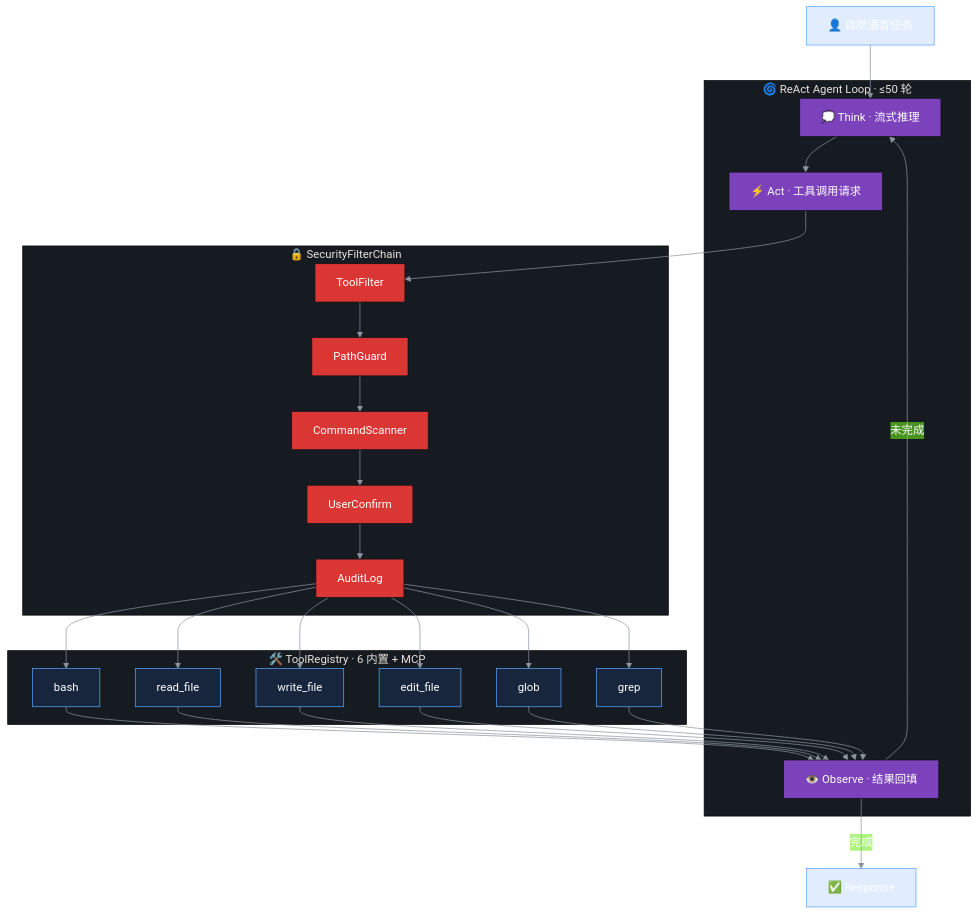
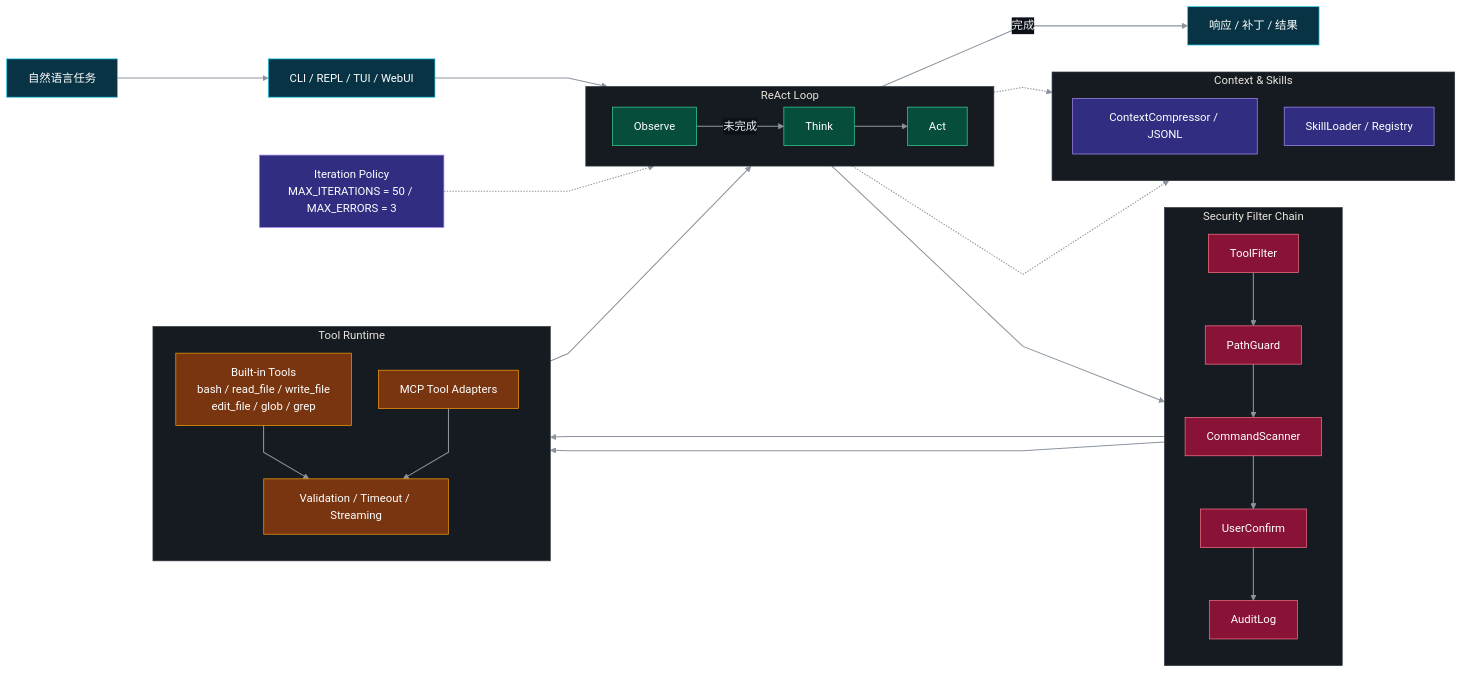
One commit to 1byteone/1byteone changed the third of 4 diagrams in README.md. Above: the diagram before and after it, drawn with Mermaid. The commit also changed other lines of this file, not shown here.

Commit message:
style: refine mermaid architecture diagrams

````diff
--- a/README.md
+++ b/README.md
@@ -361,57 +382,61 @@
 ```mermaid
-%%{init: {'theme':'base','themeVariables': {'background':'#0d1117','primaryColor':'#1f6feb22','primaryTextColor':'#ffffff','primaryBorderColor':'#58a6ff','lineColor':'#8b949e','tertiaryColor':'#161b22','fontFamily':'ui-monospace, SFMono-Regular, Menlo, Monaco, Consolas, monospace'}}}%%
-flowchart TB
-    U["👤 自然语言任务"]
+%%{init: {"theme":"base","flowchart":{"curve":"linear","nodeSpacing":38,"rankSpacing":50},"themeVariables":{"background":"#0d1117","primaryTextColor":"#e6edf3","lineColor":"#8b949e","tertiaryColor":"#161b22","clusterBkg":"#161b22","clusterBorder":"#30363d","edgeLabelBackground":"#0d1117","fontFamily":"ui-monospace, SFMono-Regular, Menlo, Monaco, Consolas, monospace"}}}%%
+flowchart LR
+    U["自然语言任务"]
+    I["CLI / REPL / TUI / WebUI"]
+    R["响应 / 补丁 / 结果"]
+    LIMIT["Iteration Policy<br/>MAX_ITERATIONS = 50 / MAX_ERRORS = 3"]
 
-    subgraph Loop["🌀 ReAct Agent Loop · ≤50 轮"]
-        T["💭 Think · 流式推理"]
-        A["⚡ Act · 工具调用请求"]
-        O["👁️ Observe · 结果回填"]
+    subgraph LOOP["ReAct Loop"]
+        direction LR
+        T["Think"]
+        A["Act"]
+        O["Observe"]
     end
 
-    subgraph Sec["🔒 SecurityFilterChain"]
-        S1["ToolFilter"]
-        S2["PathGuard"]
-        S3["CommandScanner"]
-        S4["UserConfirm"]
-        S5["AuditLog"]
+    subgraph GUARD["Security Filter Chain"]
+        direction TB
+        TF["ToolFilter"]
+        PG["PathGuard"]
+        SCAN["CommandScanner"]
+        CONFIRM["UserConfirm"]
+        AUDIT["AuditLog"]
     end
 
-    subgraph Tools["🛠️ ToolRegistry · 6 内置 + MCP"]
-        BASH["bash"]
-        RF["read_file"]
-        WF["write_file"]
-        EF["edit_file"]
-        GL["glob"]
-        GR["grep"]
+    subgraph TOOL["Tool Runtime"]
+        direction TB
+        BUILTIN["Built-in Tools<br/>bash / read_file / write_file<br/>edit_file / glob / grep"]
+        MCP["MCP Tool Adapters"]
+        HOOK["Validation / Timeout / Streaming"]
     end
 
-    R["✅ Response"]
+    subgraph SUPPORT["Context & Skills"]
+        direction TB
+        MEM["ContextCompressor / JSONL"]
+        SKILL["SkillLoader / Registry"]
+    end
 
-    U --> T
-    T --> A
-    A --> S1
-    S1 --> S2
-    S2 --> S3
-    S3 --> S4
-    S4 --> S5
-    S5 --> BASH
-    S5 --> RF
-    S5 --> WF
-    S5 --> EF
-    S5 --> GL
-    S5 --> GR
-    BASH --> O
-    RF --> O
-    WF --> O
-    EF --> O
-    GL --> O
-    GR --> O
+    U --> I --> T --> A
+    A --> TF --> PG --> SCAN --> CONFIRM --> AUDIT
+    AUDIT --> BUILTIN
+    AUDIT --> MCP
+    BUILTIN --> HOOK --> O
+    MCP --> HOOK
     O -->|未完成| T
     O -->|完成| R
+    T -.-> MEM
+    A -.-> SKILL
+    LIMIT -.-> T
 
-    classDef loop fill:#7B42BC,stroke:#0d1117,color:#fff
-    classDef sec fill:#DA3633,stroke:#0d1117,color:#fff
+    classDef entry fill:#083344,stroke:#22d3ee,color:#ffffff
+    classDef loop fill:#064e3b,stroke:#34d399,color:#ffffff
+    classDef guard fill:#881337,stroke:#fb7185,color:#ffffff
+    classDef tool fill:#78350f,stroke:#f59e0b,color:#ffffff
+    classDef support fill:#312e81,stroke:#a78bfa,color:#ffffff
+    class U,I,R entry
     class T,A,O loop
-    class S1,S2,S3,S4,S5 sec
+    class TF,PG,SCAN,CONFIRM,AUDIT guard
+    class BUILTIN,MCP,HOOK tool
+    class LIMIT,MEM,SKILL support
+    linkStyle default stroke:#8b949e,stroke-width:1.5px
 ```
````
